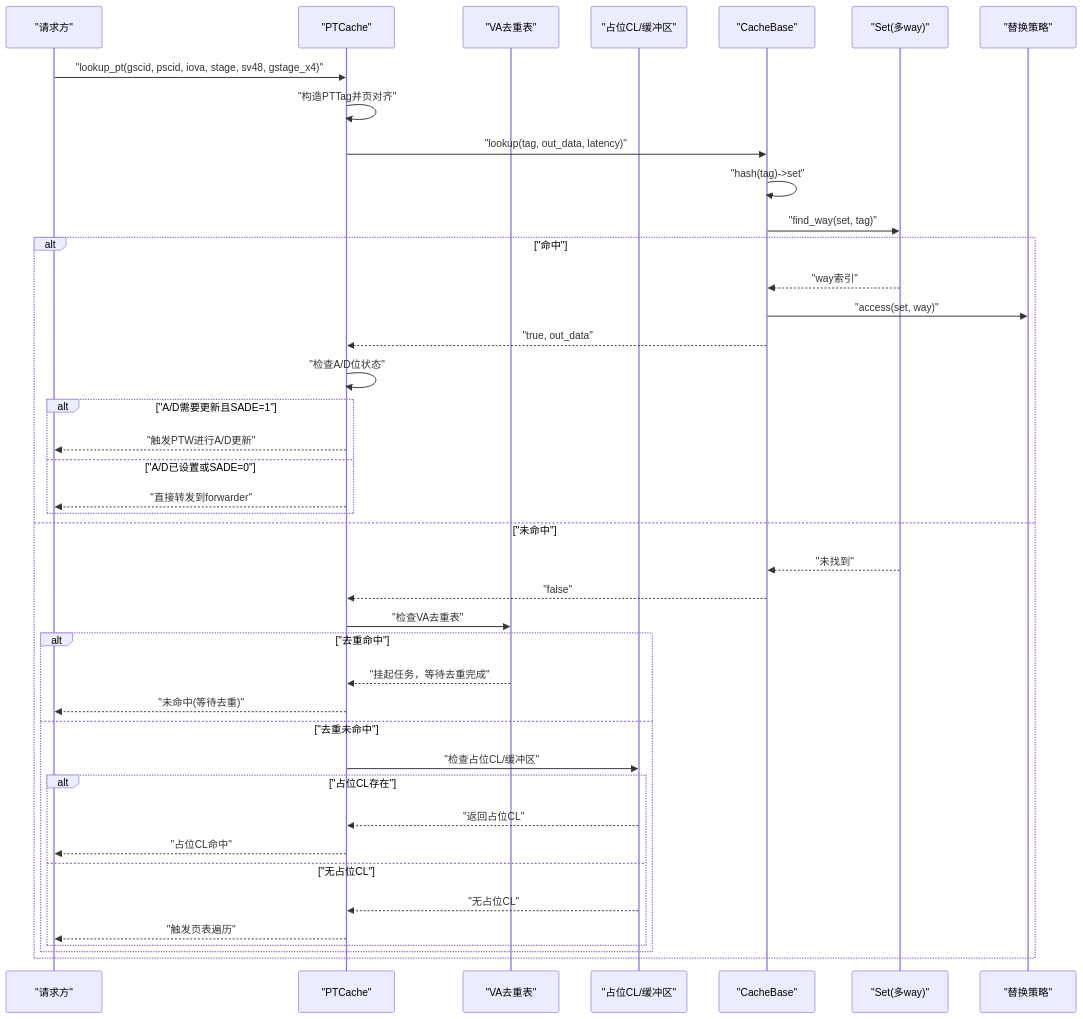
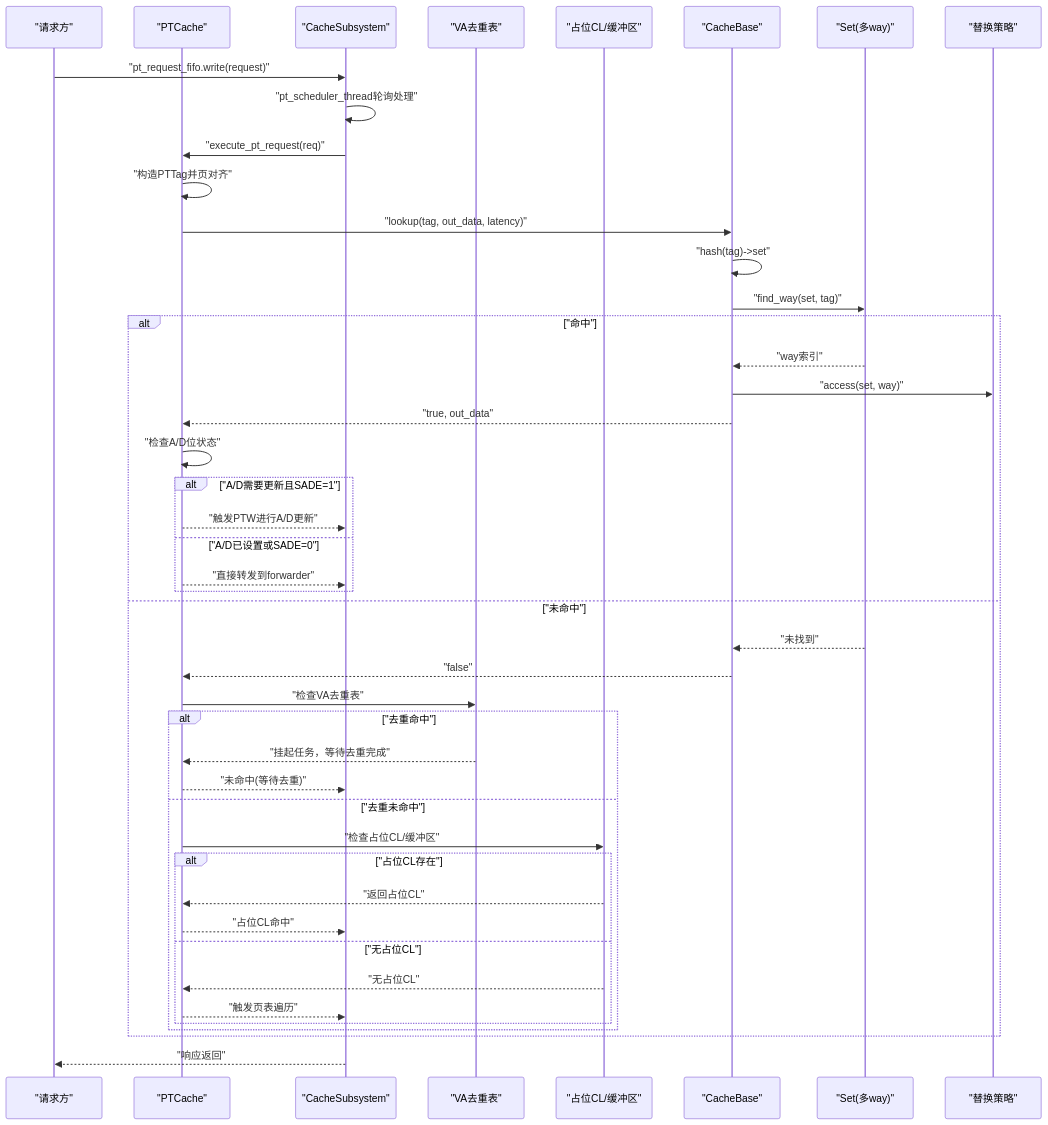
The second of 20 diagrams in .qoder/repowiki/zh/content/缓存系统架构/页表缓存(PT Cache)/页表缓存(PT Cache).md (jiangjiang1122/iommu_model_20260401_v1), drawn with Mermaid before and after one commit. The commit also changed other lines of this file and 25 other files, not shown here.

````diff
--- a/.qoder/repowiki/zh/content/缓存系统架构/页表缓存(PT Cache)/页表缓存(PT Cache).md
+++ b/.qoder/repowiki/zh/content/缓存系统架构/页表缓存(PT Cache)/页表缓存(PT Cache).md
@@ -185,43 +221,47 @@
 ```mermaid
 sequenceDiagram
 participant Req as "请求方"
 participant PT as "PTCache"
+participant SC as "CacheSubsystem"
 participant Dedup as "VA去重表"
 participant PH as "占位CL/缓冲区"
 participant Base as "CacheBase"
 participant Set as "Set(多way)"
 participant RP as "替换策略"
-Req->>PT : "lookup_pt(gscid, pscid, iova, stage, sv48, gstage_x4)"
+Req->>SC : "pt_request_fifo.write(request)"
+SC->>SC : "pt_scheduler_thread轮询处理"
+SC->>PT : "execute_pt_request(req)"
 PT->>PT : "构造PTTag并页对齐"
 PT->>Base : "lookup(tag, out_data, latency)"
 Base->>Base : "hash(tag)->set"
 Base->>Set : "find_way(set, tag)"
 alt "命中"
 Set-->>Base : "way索引"
 Base->>RP : "access(set, way)"
 Base-->>PT : "true, out_data"
 PT->>PT : "检查A/D位状态"
 alt "A/D需要更新且SADE=1"
-PT-->>Req : "触发PTW进行A/D更新"
+PT-->>SC : "触发PTW进行A/D更新"
 else "A/D已设置或SADE=0"
-PT-->>Req : "直接转发到forwarder"
+PT-->>SC : "直接转发到forwarder"
 end
 else "未命中"
 Set-->>Base : "未找到"
 Base-->>PT : "false"
 PT->>Dedup : "检查VA去重表"
 alt "去重命中"
 Dedup-->>PT : "挂起任务，等待去重完成"
-PT-->>Req : "未命中(等待去重)"
+PT-->>SC : "未命中(等待去重)"
 else "去重未命中"
 PT->>PH : "检查占位CL/缓冲区"
 alt "占位CL存在"
 PH-->>PT : "返回占位CL"
-PT-->>Req : "占位CL命中"
+PT-->>SC : "占位CL命中"
 else "无占位CL"
 PH-->>PT : "无占位CL"
-PT-->>Req : "触发页表遍历"
+PT-->>SC : "触发页表遍历"
 end
 end
 end
+SC-->>Req : "响应返回"
 ```
````
